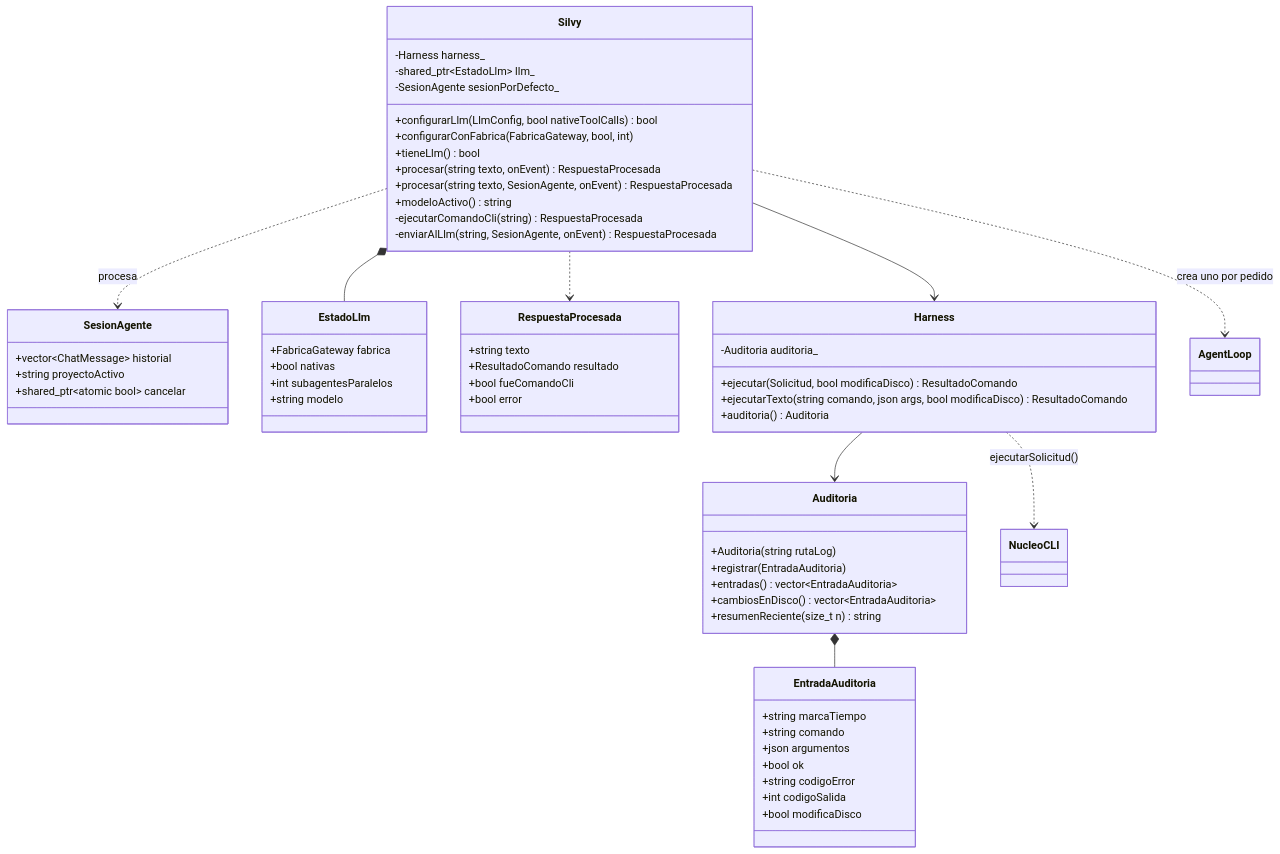
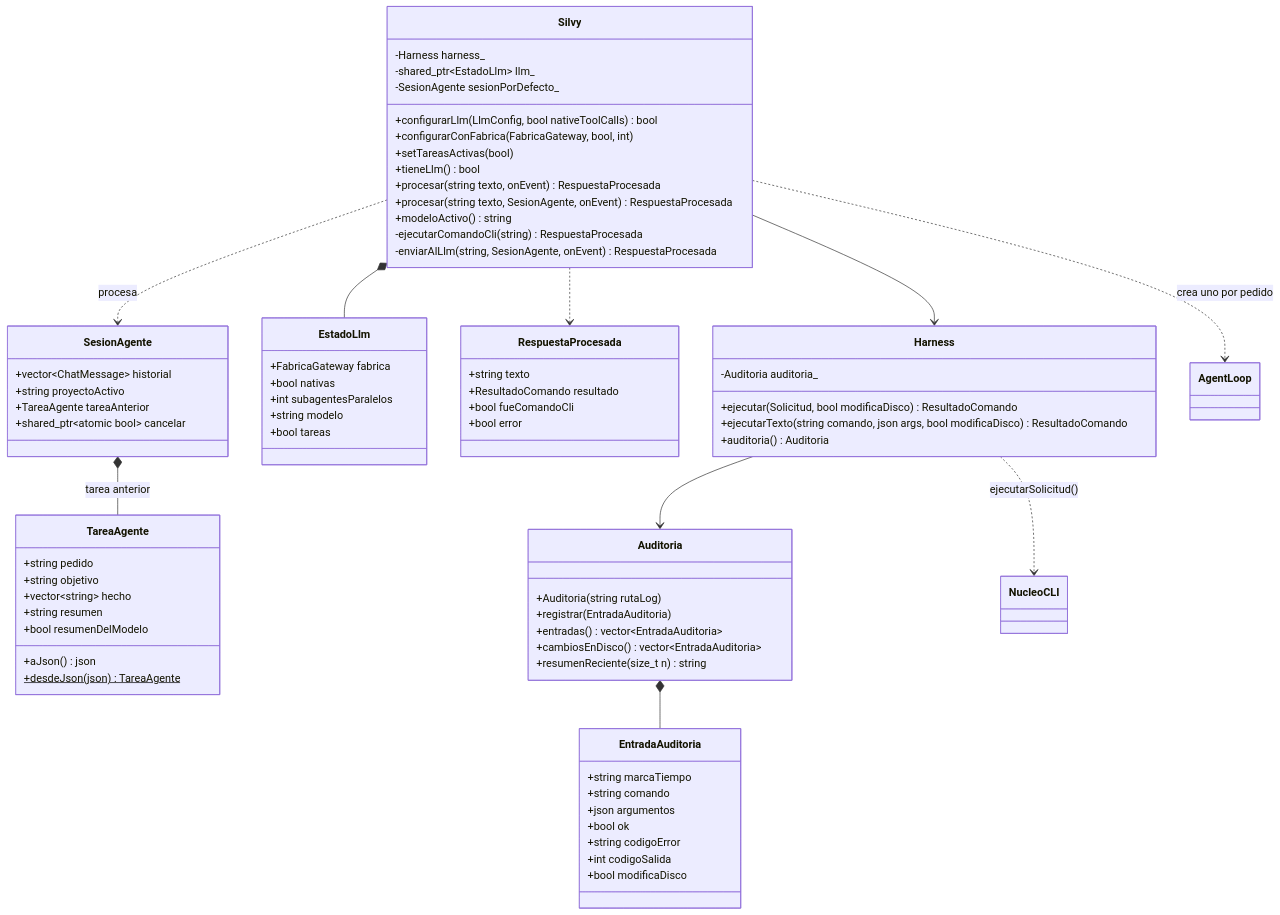
Before and after one commit to FunshiEngine/FunshiEngineCLI: the third of 8 diagrams in doc/uml/DiagramaClases.es.md, drawn with Mermaid. The commit also changed 4 other files, not shown here.

First line of the commit message:
docs: tareas del agente y correcciones de sus llamadas

````diff
--- a/doc/uml/DiagramaClases.es.md
+++ b/doc/uml/DiagramaClases.es.md
@@ -136,64 +136,77 @@
 ```mermaid
 classDiagram
     class Silvy {
         -Harness harness_
         -shared_ptr~EstadoLlm~ llm_
         -SesionAgente sesionPorDefecto_
         +configurarLlm(LlmConfig, bool nativeToolCalls) bool
         +configurarConFabrica(FabricaGateway, bool, int)
+        +setTareasActivas(bool)
         +tieneLlm() bool
         +procesar(string texto, onEvent) RespuestaProcesada
         +procesar(string texto, SesionAgente, onEvent) RespuestaProcesada
         +modeloActivo() string
         -ejecutarComandoCli(string) RespuestaProcesada
         -enviarAlLlm(string, SesionAgente, onEvent) RespuestaProcesada
     }
     class SesionAgente {
         +vector~ChatMessage~ historial
         +string proyectoActivo
+        +TareaAgente tareaAnterior
         +shared_ptr~atomic bool~ cancelar
+    }
+    class TareaAgente {
+        +string pedido
+        +string objetivo
+        +vector~string~ hecho
+        +string resumen
+        +bool resumenDelModelo
+        +aJson() json
+        +desdeJson(json)$ TareaAgente
     }
     class EstadoLlm {
         +FabricaGateway fabrica
         +bool nativas
         +int subagentesParalelos
         +string modelo
+        +bool tareas
     }
     class RespuestaProcesada {
         +string texto
         +ResultadoComando resultado
         +bool fueComandoCli
         +bool error
     }
     class Harness {
         -Auditoria auditoria_
         +ejecutar(Solicitud, bool modificaDisco) ResultadoComando
         +ejecutarTexto(string comando, json args, bool modificaDisco) ResultadoComando
         +auditoria() Auditoria
     }
     class Auditoria {
         +Auditoria(string rutaLog)
         +registrar(EntradaAuditoria)
         +entradas() vector~EntradaAuditoria~
         +cambiosEnDisco() vector~EntradaAuditoria~
         +resumenReciente(size_t n) string
     }
     class EntradaAuditoria {
         +string marcaTiempo
         +string comando
         +json argumentos
         +bool ok
         +string codigoError
         +int codigoSalida
         +bool modificaDisco
     }
 
     Silvy --> Harness
     Silvy *-- EstadoLlm
     Silvy ..> SesionAgente : procesa
+    SesionAgente *-- TareaAgente : tarea anterior
     Silvy ..> AgentLoop : crea uno por pedido
     Silvy ..> RespuestaProcesada
     Harness --> Auditoria
     Auditoria *-- EntradaAuditoria
     Harness ..> NucleoCLI : ejecutarSolicitud()
 ```
````
